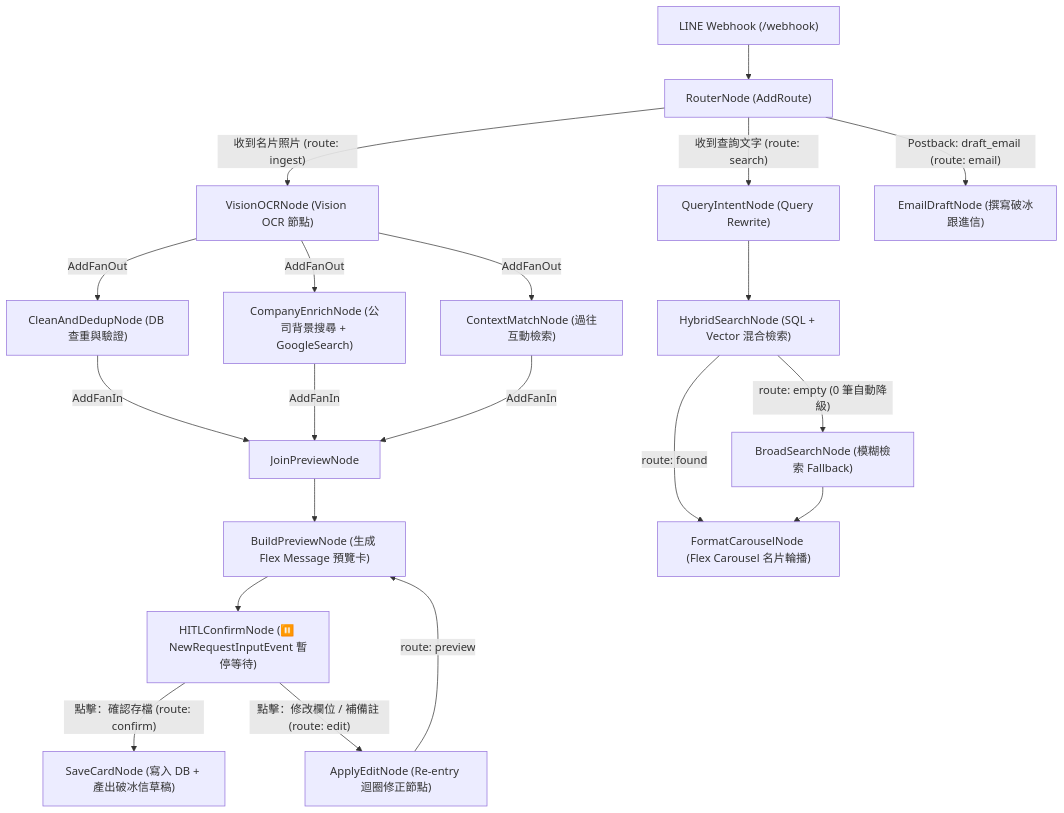
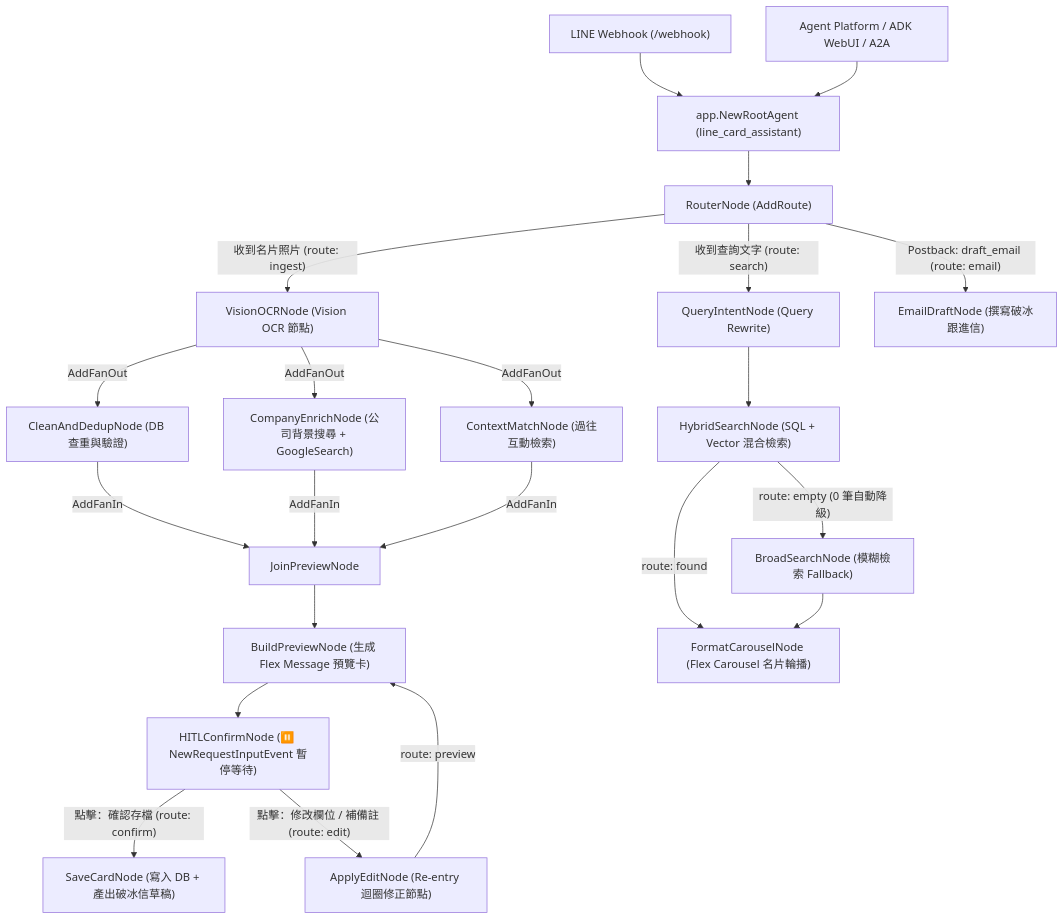
Before and after one commit to kkdai/line-card-assistant: the diagram in README.md, drawn with Mermaid. The commit also changed other lines of this file and 1 other file, not shown here.

Commit message:
docs: add LINE Card Assistant + Agent Platform architecture diagram to README.md

````diff
--- a/README.md
+++ b/README.md
@@ -58,30 +68,32 @@
 ```mermaid
 flowchart TD
-    Webhook["LINE Webhook (/webhook)"] --> Router["RouterNode (AddRoute)"]
+    Webhook["LINE Webhook (/webhook)"] --> RootAgent["app.NewRootAgent (line_card_assistant)"]
+    AgentPlatform["Agent Platform / ADK WebUI / A2A"] --> RootAgent
+    RootAgent --> Router["RouterNode (AddRoute)"]
 
     %% Path A: Card Ingestion & HITL
     Router -->|"收到名片照片 (route: ingest)"| VisionOCR["VisionOCRNode (Vision OCR 節點)"]
     VisionOCR -->|"AddFanOut"| CleanDedup["CleanAndDedupNode (DB 查重與驗證)"]
     VisionOCR -->|"AddFanOut"| CompanyEnrich["CompanyEnrichNode (公司背景搜尋 + GoogleSearch)"]
     VisionOCR -->|"AddFanOut"| ContextMatch["ContextMatchNode (過往互動檢索)"]
 
     CleanDedup -->|"AddFanIn"| JoinPreview["JoinPreviewNode"]
     CompanyEnrich -->|"AddFanIn"| JoinPreview
     ContextMatch -->|"AddFanIn"| JoinPreview
     JoinPreview --> BuildPreview["BuildPreviewNode (生成 Flex Message 預覽卡)"]
 
     BuildPreview --> HITL["HITLConfirmNode (⏸️ NewRequestInputEvent 暫停等待)"]
     HITL -->|"點擊：確認存檔 (route: confirm)"| SaveCard["SaveCardNode (寫入 DB + 產出破冰信草稿)"]
     HITL -->|"點擊：修改欄位 / 補備註 (route: edit)"| ApplyEdit["ApplyEditNode (Re-entry 迴圈修正節點)"]
     ApplyEdit -->|"route: preview"| BuildPreview
 
     %% Path B: Hybrid Search
     Router -->|"收到查詢文字 (route: search)"| QueryIntent["QueryIntentNode (Query Rewrite)"]
     QueryIntent --> HybridSearch["HybridSearchNode (SQL + Vector 混合檢索)"]
     HybridSearch -->|"route: found"| FormatCarousel["FormatCarouselNode (Flex Carousel 名片輪播)"]
     HybridSearch -->|"route: empty (0 筆自動降級)"| BroadSearch["BroadSearchNode (模糊檢索 Fallback)"]
     BroadSearch --> FormatCarousel
 
     %% Path C: Standalone Email Draft Action
     Router -->|"Postback: draft_email (route: email)"| EmailDraft["EmailDraftNode (撰寫破冰跟進信)"]
 ```
````
